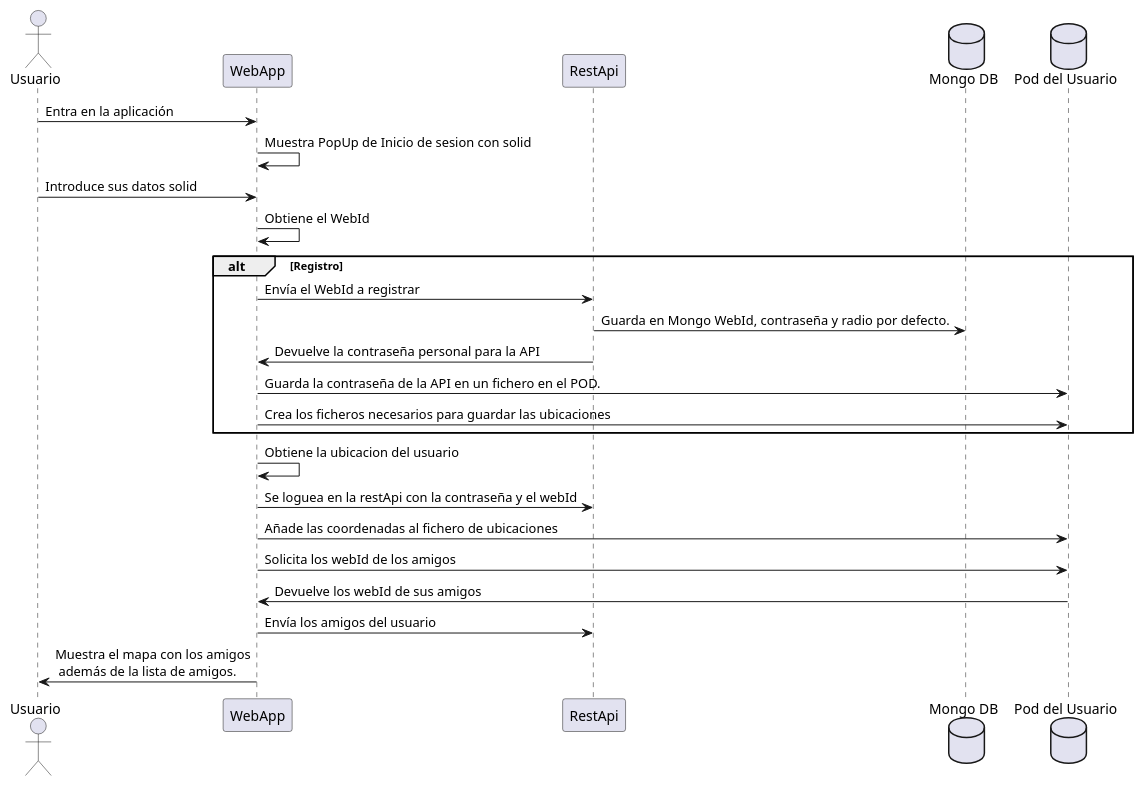
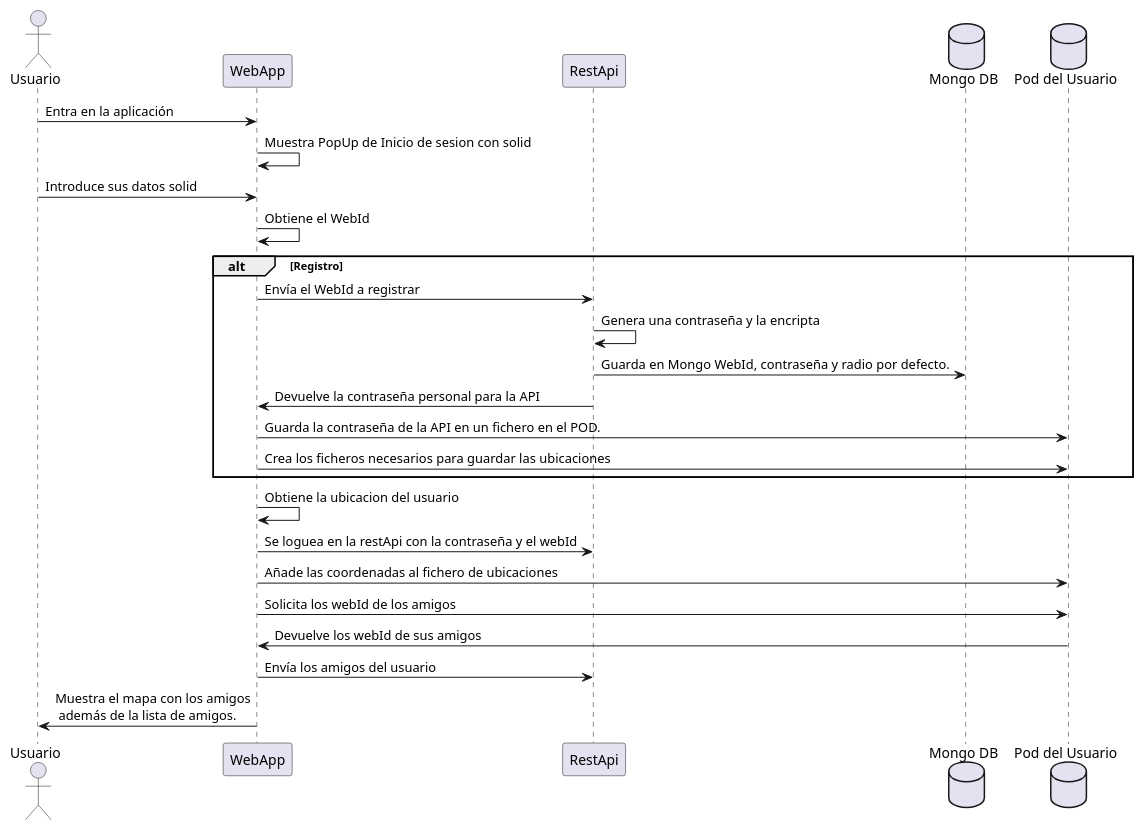
Before and after one commit to Arquisoft/radarin_es5b: the first of 7 diagrams in webapp/docs/06_runtime_view.adoc, drawn with PlantUML. The commit also changed 1 other file, not shown here.

Commit message:
Cambiados detalles de la documentación

```diff
--- a/webapp/docs/06_runtime_view.adoc
+++ b/webapp/docs/06_runtime_view.adoc
@@ -11,27 +11,28 @@
 [plantuml,"Sequence diagram register",png]
 ----
 actor Usuario
 participant WebApp
 participant RestApi
 database MongoDB as "Mongo DB"
 database Pod as "Pod del Usuario"
 
 Usuario->WebApp: Entra en la aplicación
 WebApp->WebApp: Muestra PopUp de Inicio de sesion con solid
 Usuario->WebApp: Introduce sus datos solid
 WebApp->WebApp: Obtiene el WebId
 alt Registro
 WebApp->RestApi: Envía el WebId a registrar
+RestApi->RestApi: Genera una contraseña y la encripta
 RestApi->MongoDB: Guarda en Mongo WebId, contraseña y radio por defecto.
 RestApi->WebApp: Devuelve la contraseña personal para la API
 WebApp->Pod: Guarda la contraseña de la API en un fichero en el POD.
 WebApp->Pod: Crea los ficheros necesarios para guardar las ubicaciones
 end
 WebApp->WebApp: Obtiene la ubicacion del usuario
 WebApp->RestApi: Se loguea en la restApi con la contraseña y el webId
 WebApp->Pod: Añade las coordenadas al fichero de ubicaciones
 WebApp->Pod: Solicita los webId de los amigos
 Pod->WebApp: Devuelve los webId de sus amigos
 WebApp->RestApi: Envía los amigos del usuario
 WebApp->Usuario: Muestra el mapa con los amigos\n además de la lista de amigos.
 ----
```
